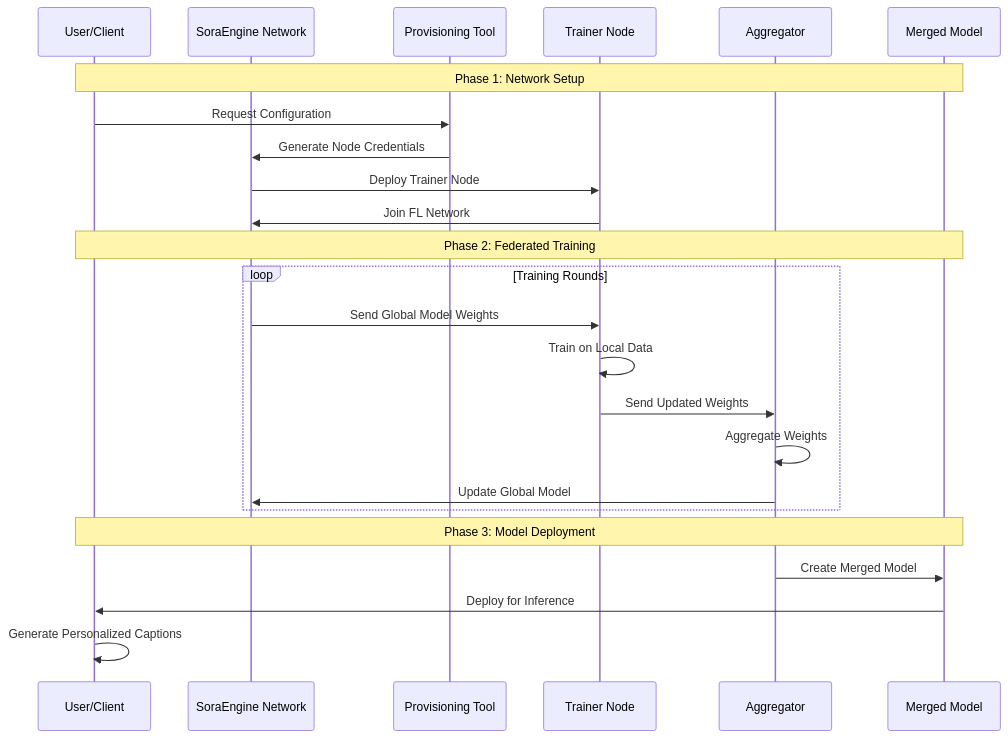
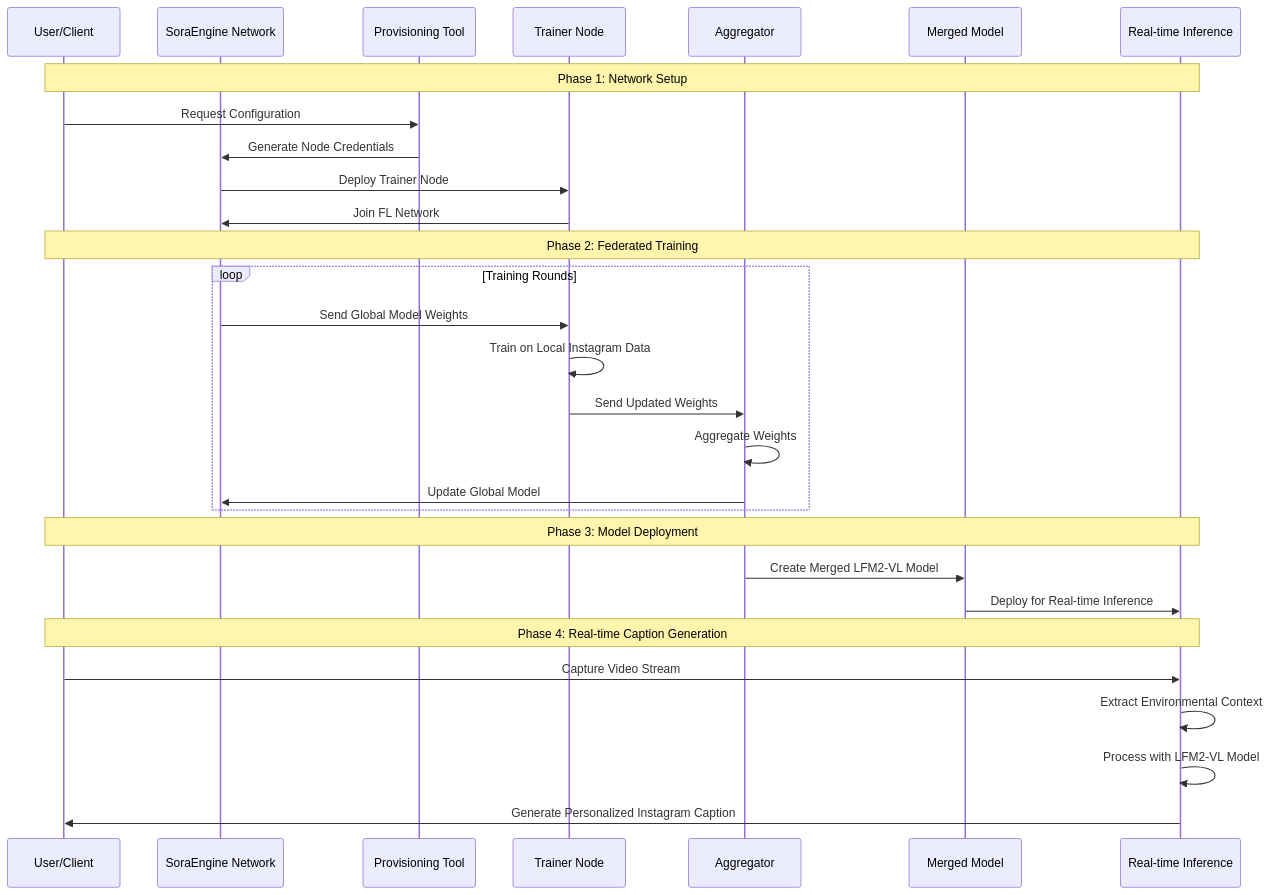
The first of 3 diagrams in README.md (frank4591/StreamingInstaCaptioner), drawn with Mermaid before and after one commit. The commit also changed other lines of this file and 2 other files, not shown here.

````diff
--- a/README.md
+++ b/README.md
@@ -65,29 +30,35 @@
 ```mermaid
 sequenceDiagram
     participant U as User/Client
     participant S as SoraEngine Network
     participant P as Provisioning Tool
     participant T as Trainer Node
     participant A as Aggregator
     participant M as Merged Model
+    participant R as Real-time Inference
     
-    Note over U,M: Phase 1: Network Setup
+    Note over U,R: Phase 1: Network Setup
     U->>P: Request Configuration
     P->>S: Generate Node Credentials
     S->>T: Deploy Trainer Node
     T->>S: Join FL Network
     
-    Note over U,M: Phase 2: Federated Training
+    Note over U,R: Phase 2: Federated Training
     loop Training Rounds
         S->>T: Send Global Model Weights
-        T->>T: Train on Local Data
+        T->>T: Train on Local Instagram Data
         T->>A: Send Updated Weights
         A->>A: Aggregate Weights
         A->>S: Update Global Model
     end
     
-    Note over U,M: Phase 3: Model Deployment
-    A->>M: Create Merged Model
-    M->>U: Deploy for Inference
-    U->>U: Generate Personalized Captions
+    Note over U,R: Phase 3: Model Deployment
+    A->>M: Create Merged LFM2-VL Model
+    M->>R: Deploy for Real-time Inference
+    
+    Note over U,R: Phase 4: Real-time Caption Generation
+    U->>R: Capture Video Stream
+    R->>R: Extract Environmental Context
+    R->>R: Process with LFM2-VL Model
+    R->>U: Generate Personalized Instagram Caption
 ```
````
